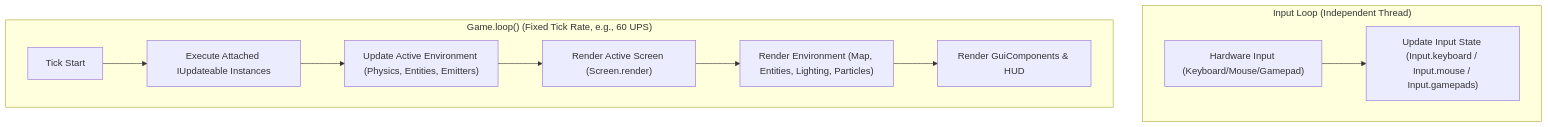
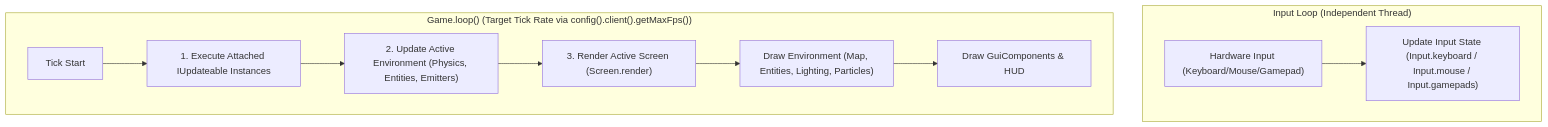
The diagram in docs/game-api/loops.md (gurkenlabs/litiengine-docs), drawn with Mermaid before and after one commit. The commit also changed other lines of this file and 9 other files, not shown here.

````diff
--- a/docs/game-api/loops.md
+++ b/docs/game-api/loops.md
@@ -36,14 +15,14 @@
 ```mermaid
 flowchart TD
  subgraph InputLoop["Input Loop (Independent Thread)"]
  RawHW["Hardware Input (Keyboard/Mouse/Gamepad)"] --> InputState["Update Input State (Input.keyboard / Input.mouse / Input.gamepads)"]
  end
 
- subgraph MainGameLoop["Game.loop() (Fixed Tick Rate, e.g., 60 UPS)"]
- TickStart["Tick Start"] --> UpdateLoop["Execute Attached IUpdateable Instances"]
- UpdateLoop --> UpdateEnv["Update Active Environment (Physics, Entities, Emitters)"]
- UpdateEnv --> RenderPass["Render Active Screen (Screen.render)"]
- RenderPass --> RenderWorld["Render Environment (Map, Entities, Lighting, Particles)"]
- RenderWorld --> RenderGUI["Render GuiComponents & HUD"]
+ subgraph MainGameLoop["Game.loop() (Target Tick Rate via config().client().getMaxFps())"]
+ TickStart["Tick Start"] --> UpdateLoop["1. Execute Attached IUpdateable Instances"]
+ UpdateLoop --> UpdateEnv["2. Update Active Environment (Physics, Entities, Emitters)"]
+ UpdateEnv --> RenderPass["3. Render Active Screen (Screen.render)"]
+ RenderPass --> RenderWorld["Draw Environment (Map, Entities, Lighting, Particles)"]
+ RenderWorld --> RenderGUI["Draw GuiComponents & HUD"]
  end
 ```
````
